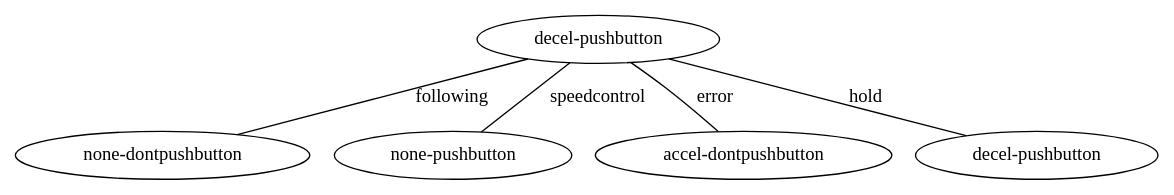
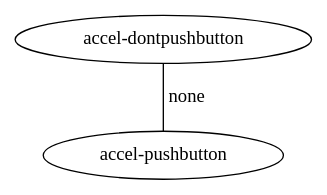
One commit to AlyssaLytle/DecPOMDP_Suite changed the diagram in MADPtools/htree.dot. Above: the diagram before and after it, drawn with Graphviz. The commit also changed 150 other files, not shown here.

```diff
--- a/MADPtools/htree.dot
+++ b/MADPtools/htree.dot
@@ -1,12 +1,6 @@
 digraph human_tree {
 edge [dir=none];
-node0 [ label = "decel-pushbutton" ];
-node1 [ label = "none-dontpushbutton" ];
-node2 [ label = "none-pushbutton" ];
-node3 [ label = "accel-dontpushbutton" ];
-node4 [ label = "decel-pushbutton" ];
-node0 -> node1 [label="following"];
-node0 -> node2 [label="speedcontrol"];
-node0 -> node3 [label="error"];
-node0 -> node4 [label="hold"];
+node0 [ label = "accel-dontpushbutton" ];
+node1 [ label = "accel-pushbutton" ];
+node0 -> node1 [label="none"];
 }
```
